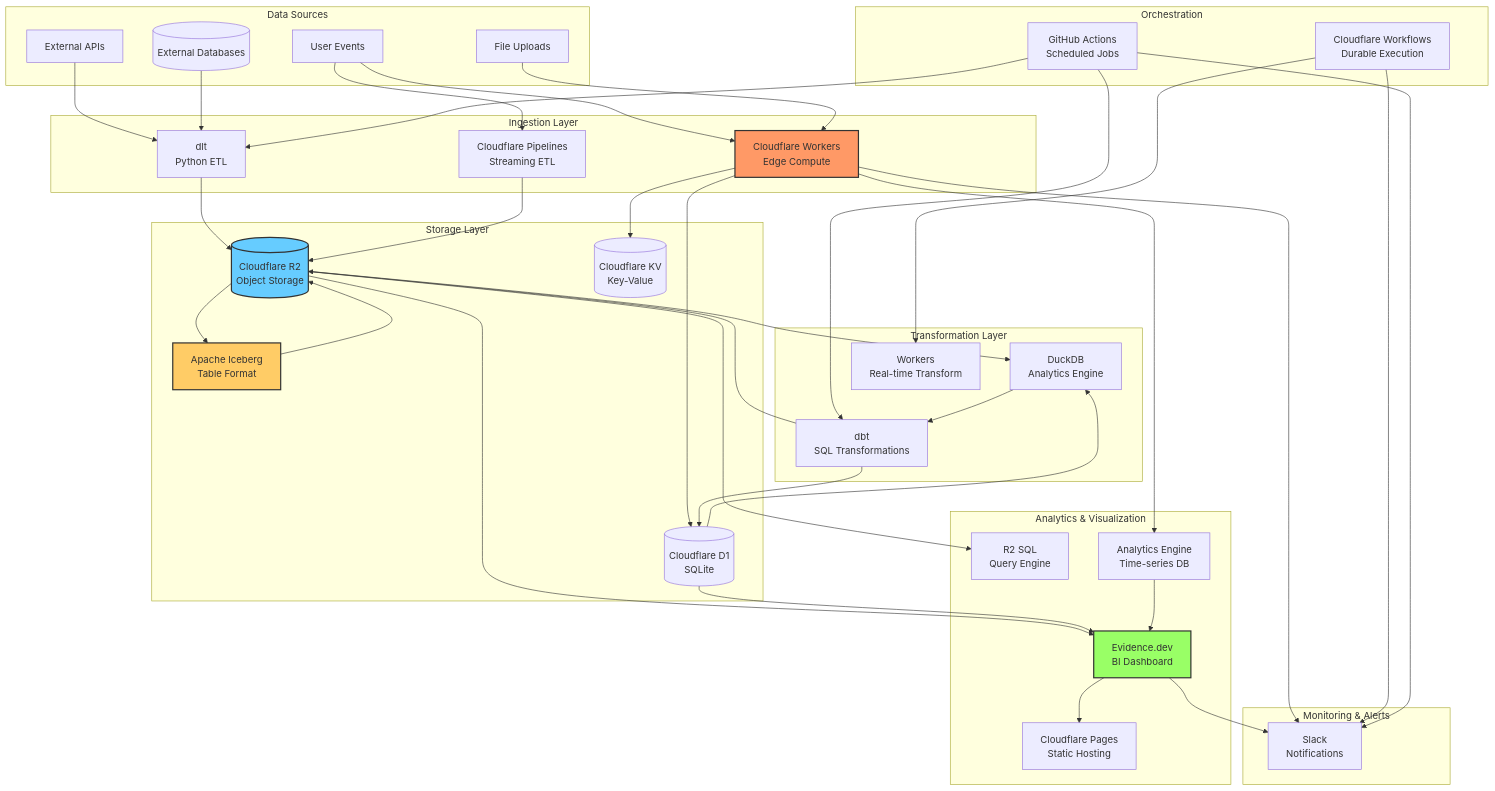
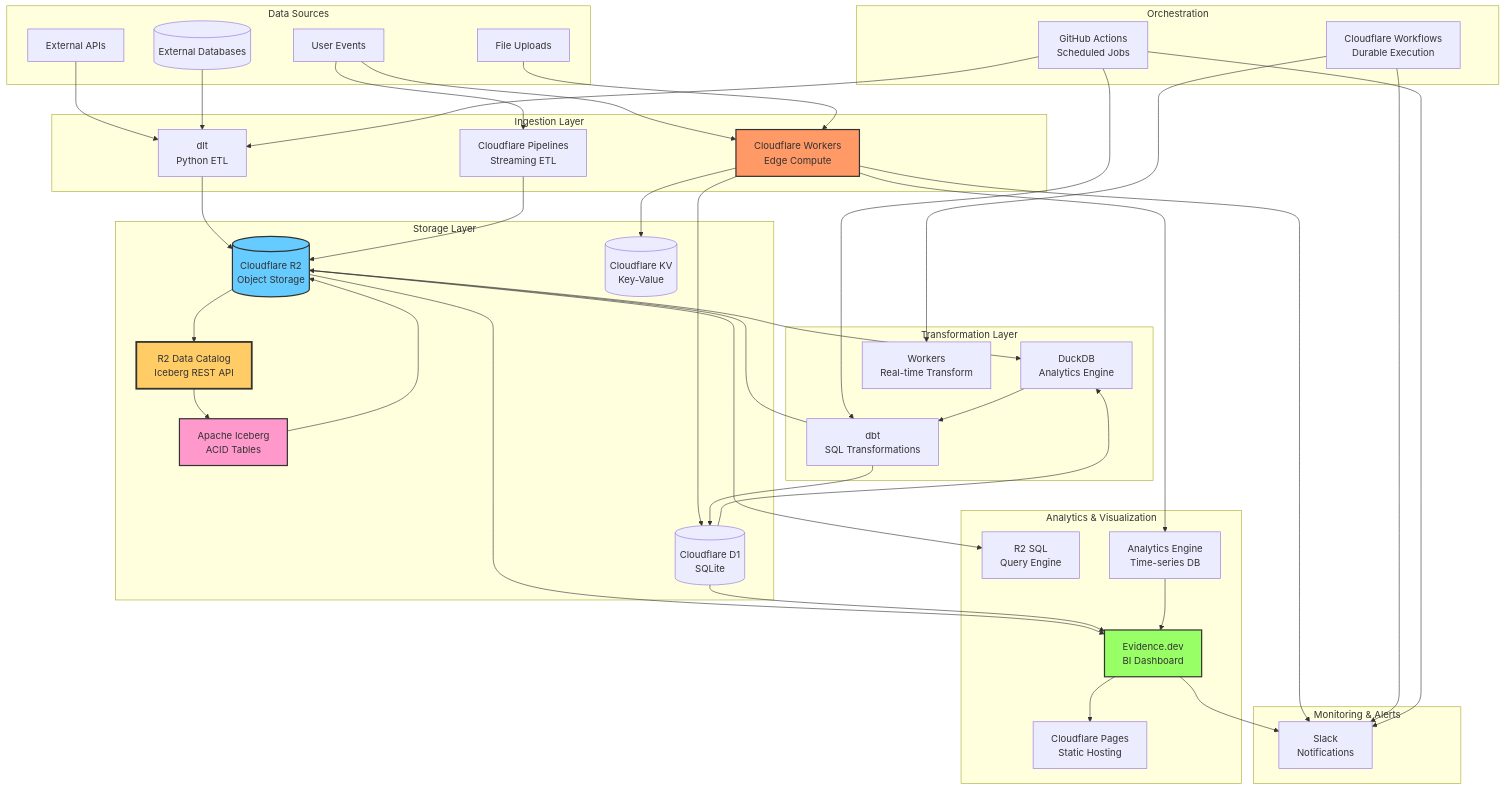
Before and after one commit to ta93abe/data-engineering-with-cloudflare: the first of 11 diagrams in docs/architecture-diagrams.md, drawn with Mermaid. The commit also changed other lines of this file, not shown here.

First line of the commit message:
Update architecture diagrams with R2 Data Catalog + Iceberg details

````diff
--- a/docs/architecture-diagrams.md
+++ b/docs/architecture-diagrams.md
@@ -38,7 +40,8 @@
         R2[(Cloudflare R2<br/>Object Storage)]
         D1[(Cloudflare D1<br/>SQLite)]
         KV[(Cloudflare KV<br/>Key-Value)]
-        Iceberg[Apache Iceberg<br/>Table Format]
+        DataCatalog[R2 Data Catalog<br/>Iceberg REST API]
+        Iceberg[Apache Iceberg<br/>ACID Tables]
     end
 
     subgraph "Transformation Layer"
@@ -71,7 +74,8 @@
     Workers --> AnalyticsEngine
     Pipelines --> R2
 
-    R2 --> Iceberg
+    R2 --> DataCatalog
+    DataCatalog --> Iceberg
     Iceberg --> R2
 
     GHA --> dlt
@@ -100,5 +104,6 @@
     style Workers fill:#f96,stroke:#333,stroke-width:2px
     style R2 fill:#6cf,stroke:#333,stroke-width:2px
     style Evidence fill:#9f6,stroke:#333,stroke-width:2px
-    style Iceberg fill:#fc6,stroke:#333,stroke-width:2px
+    style DataCatalog fill:#fc6,stroke:#333,stroke-width:3px
+    style Iceberg fill:#f9c,stroke:#333,stroke-width:2px
 ```
````
